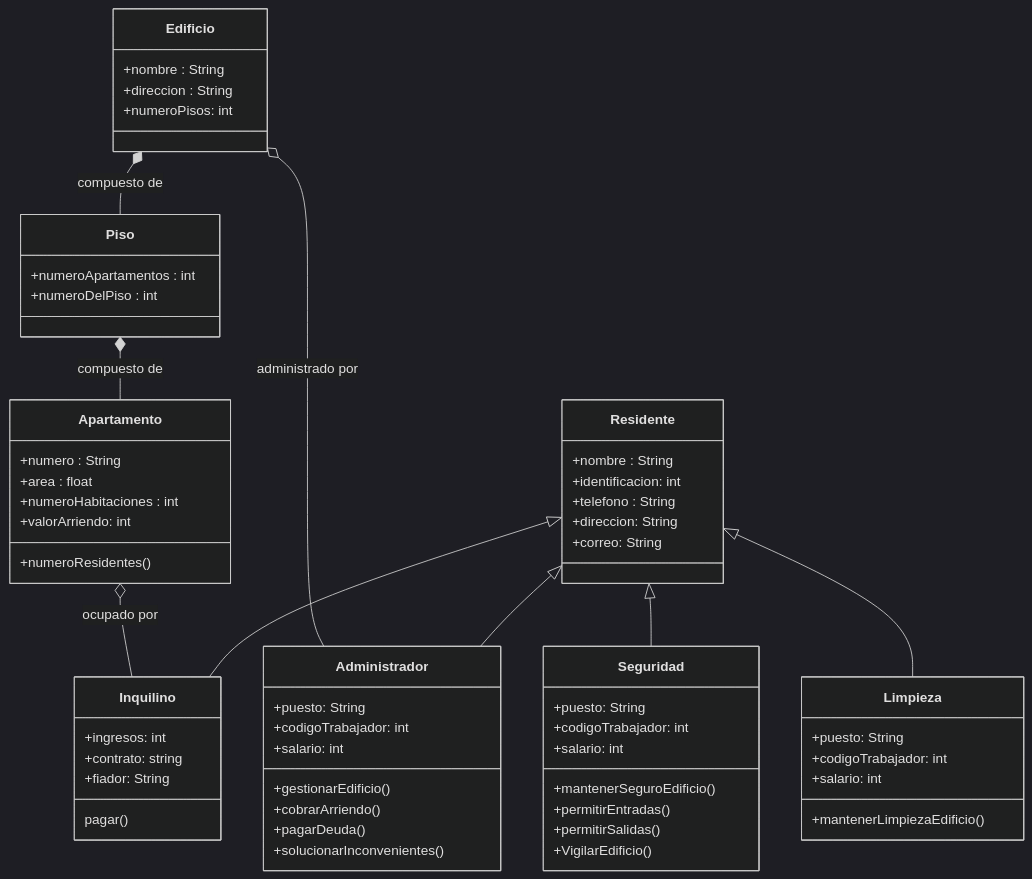
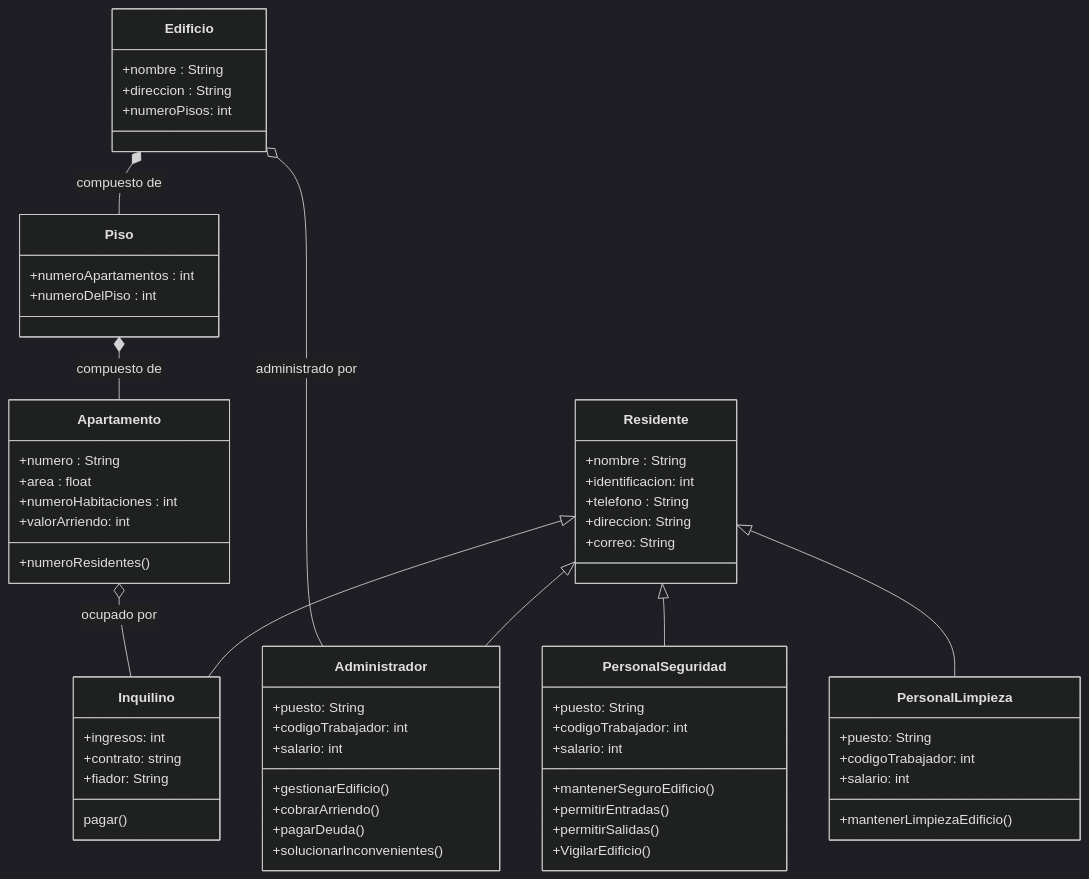
One commit to JulianSantosCubides/Reto2-POO-grupo-4 changed the diagram in README.md. Above: the diagram before and after it, drawn with Mermaid (dark theme).

Commit message:
Rename 'Limpieza' and 'Seguridad' classes

````diff
--- a/README.md
+++ b/README.md
@@ -5,66 +5,66 @@
 ```mermaid
 classDiagram
     class Edificio {
         +nombre : String
         +direccion : String
         +numeroPisos: int
     }
     class Piso {
         +numeroApartamentos : int
         +numeroDelPiso : int
     }
     class Apartamento {
         +numero : String
         +area : float
         +numeroHabitaciones : int
         +valorArriendo: int
         +numeroResidentes()
     }
     class Inquilino {
         +ingresos: int
         +contrato: string
         +fiador: String
         pagar()
     }
     class Administrador {
         +puesto: String
         +codigoTrabajador: int
         +salario: int
         +gestionarEdificio()
         +cobrarArriendo()
         +pagarDeuda()
         +solucionarInconvenientes()
     }
-    class Seguridad {
+    class PersonalSeguridad {
         +puesto: String
         +codigoTrabajador: int
         +salario: int
         +mantenerSeguroEdificio()
         +permitirEntradas()
         +permitirSalidas()
         +VigilarEdificio()
     }
-    class Limpieza {
+    class PersonalLimpieza {
         +puesto: String
         +codigoTrabajador: int
         +salario: int
         +mantenerLimpiezaEdificio()
     }
     class Residente {
         +nombre : String
         +identificacion: int
         +telefono : String
         +direccion: String
         +correo: String
     }
 
     Edificio *-- Piso : compuesto de
     Piso *-- Apartamento: compuesto de
     Apartamento o-- Inquilino : ocupado por
     Edificio o-- Administrador : administrado por
     Residente <|-- Administrador
-    Residente <|-- Seguridad
-    Residente <|-- Limpieza
+    Residente <|-- PersonalSeguridad
+    Residente <|-- PersonalLimpieza
     Residente <|-- Inquilino
 
 ```
````
